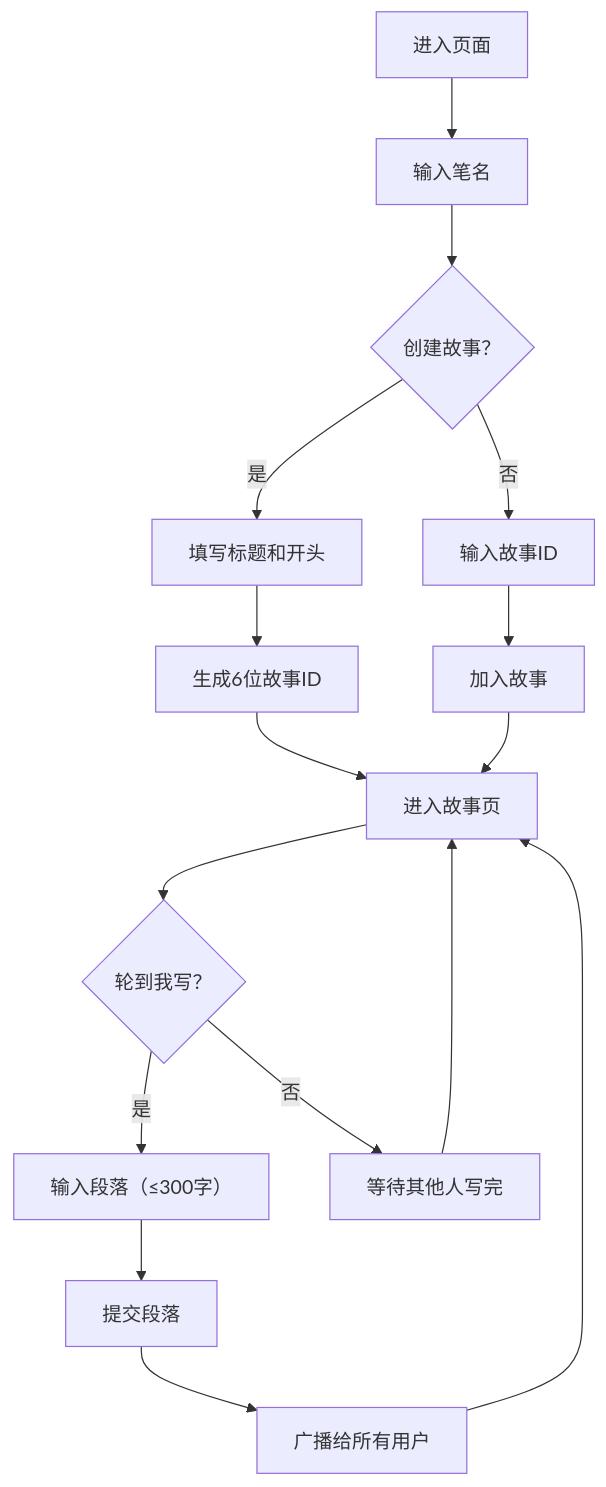
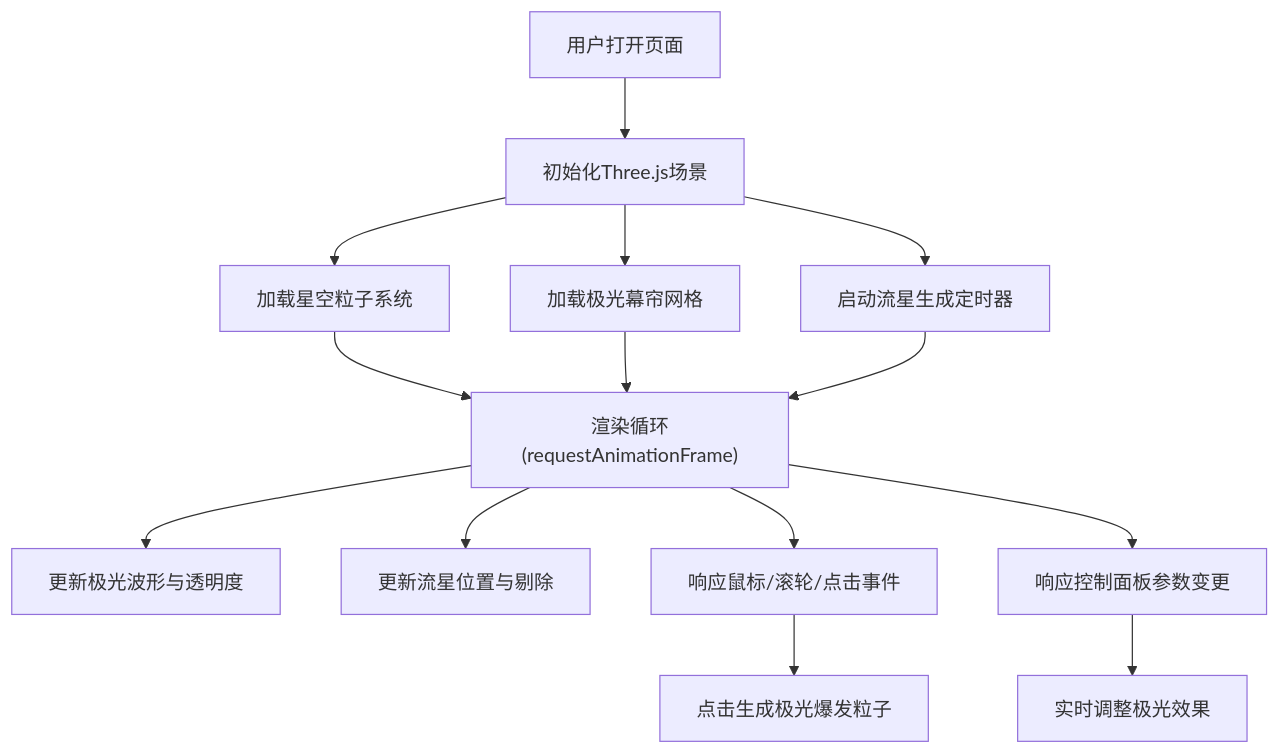
The diagram in cp1_6.9_auto21/.trae/documents/PRD.md (SChen0447/solo), drawn with Mermaid before and after one commit. The commit also changed other lines of this file and 19 other files, not shown here.

````diff
--- a/cp1_6.9_auto21/.trae/documents/PRD.md
+++ b/cp1_6.9_auto21/.trae/documents/PRD.md
@@ -35,18 +27,16 @@
 ```mermaid
 flowchart TD
-    A["进入页面"] --> B["输入笔名"]
-    B --> C{"创建故事？"}
-    C -->|是| D["填写标题和开头"]
-    D --> E["生成6位故事ID"]
-    E --> F["进入故事页"]
-    C -->|否| G["输入故事ID"]
-    G --> H["加入故事"]
-    H --> F
-    F --> I{"轮到我写？"}
-    I -->|是| J["输入段落（≤300字）"]
-    J --> K["提交段落"]
-    K --> L["广播给所有用户"]
-    L --> F
-    I -->|否| M["等待其他人写完"]
-    M --> F
+    A["用户打开页面"] --> B["初始化Three.js场景"]
+    B --> C["加载星空粒子系统"]
+    B --> D["加载极光幕帘网格"]
+    B --> E["启动流星生成定时器"]
+    C --> F["渲染循环(requestAnimationFrame)"]
+    D --> F
+    E --> F
+    F --> G["更新极光波形与透明度"]
+    F --> H["更新流星位置与剔除"]
+    F --> I["响应鼠标/滚轮/点击事件"]
+    F --> J["响应控制面板参数变更"]
+    J --> K["实时调整极光效果"]
+    I --> L["点击生成极光爆发粒子"]
 ```
````
